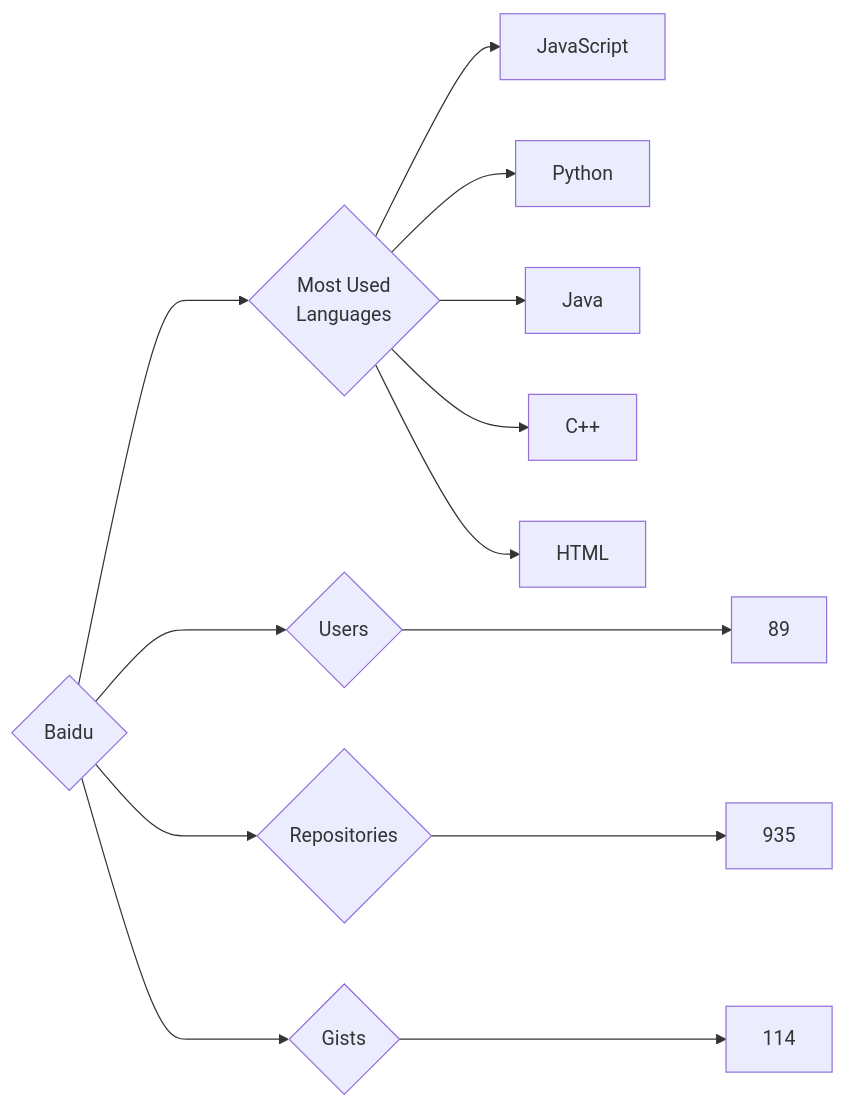
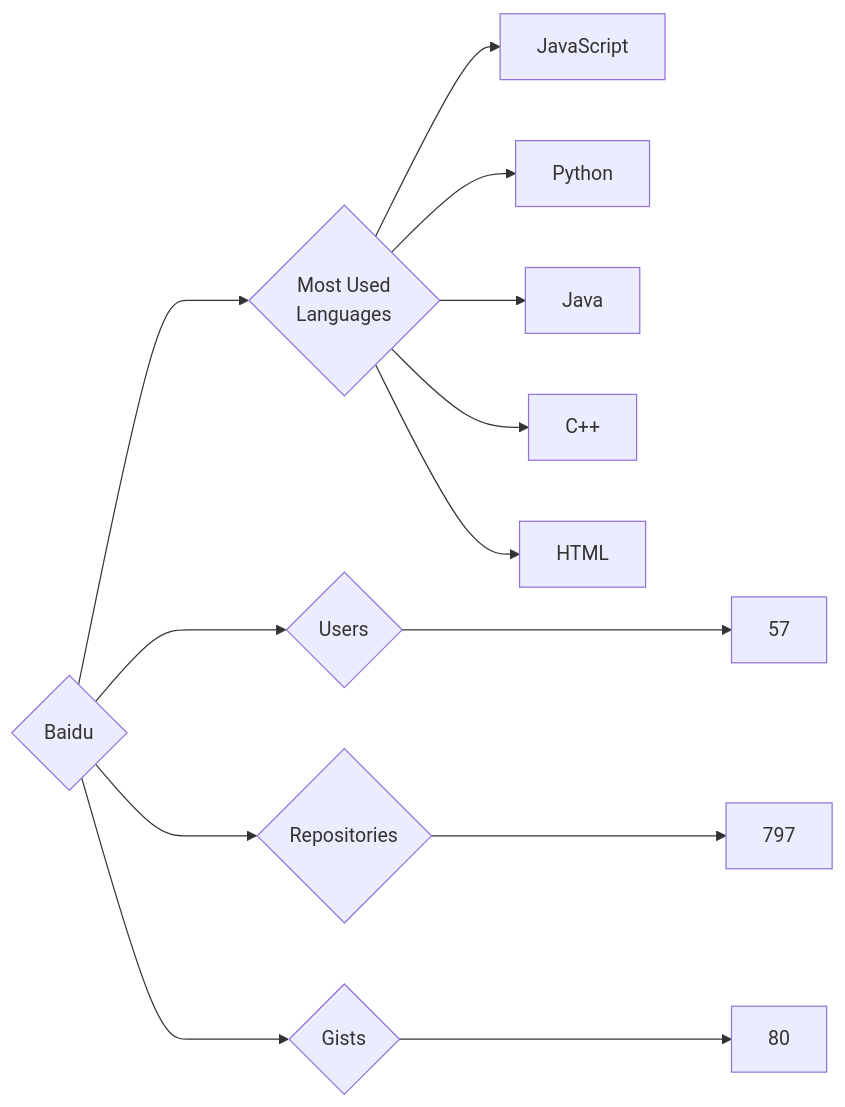
One commit to trickest/insiders changed the diagram in targets/Baidu/README.md. Above: the diagram before and after it, drawn with Mermaid. The commit also changed 444 other files, not shown here.

````diff
--- a/targets/Baidu/README.md
+++ b/targets/Baidu/README.md
@@ -3,13 +3,13 @@
 ```mermaid
 graph LR
 COMPANY_NAME{Baidu}
-COMPANY_NAME ---> U{Users} ---> UN[89]
-COMPANY_NAME ---> R{Repositories} ---> RN[935]
-COMPANY_NAME ---> G{Gists} ---> GN[114]
+COMPANY_NAME ---> U{Users} ---> UN[57]
+COMPANY_NAME ---> R{Repositories} ---> RN[797]
+COMPANY_NAME ---> G{Gists} ---> GN[80]
 COMPANY_NAME ---> ML{Most Used<br>Languages}
 ML --> JavaScript[JavaScript]
 ML --> Python[Python]
 ML --> Java[Java]
 ML --> C++[C++]
 ML --> HTML[HTML]
 ```
````
